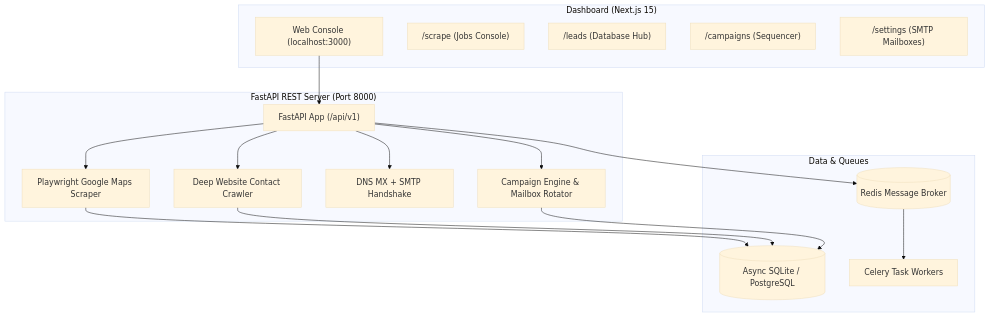
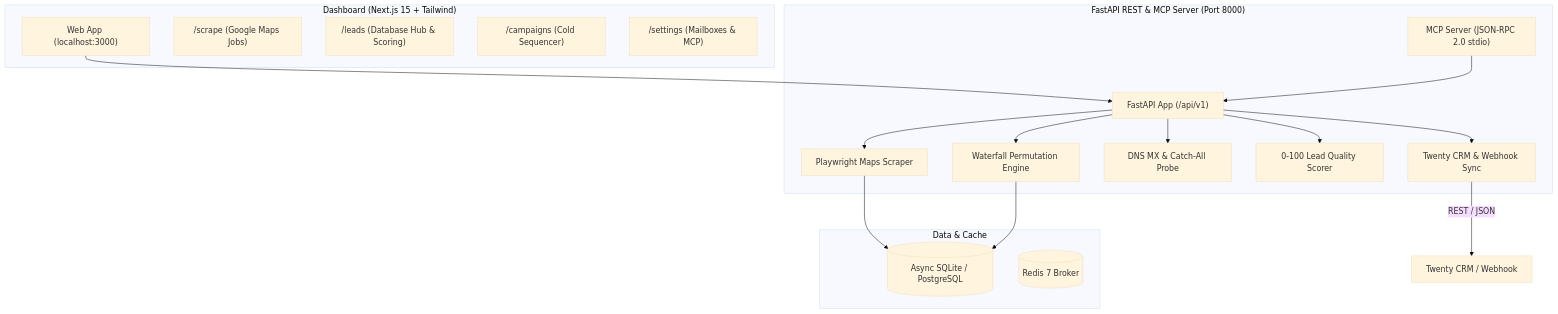
Before and after one commit to Aryanban/leadforge: the diagram in README.md, drawn with Mermaid (base theme). The commit also changed other lines of this file and 10 other files, not shown here.

Commit message:
feat: Apollo-grade waterfall enrichment, high-star scraper upgrades, AI lead scoring & Twenty CRM sync

````diff
--- a/README.md
+++ b/README.md
@@ -76,34 +115,36 @@
 ```mermaid
 flowchart TD
-    subgraph Frontend["Dashboard (Next.js 15)"]
-        UI["Web Console (localhost:3000)"]
-        ScrapePage["/scrape (Jobs Console)"]
-        LeadsPage["/leads (Database Hub)"]
-        CampaignPage["/campaigns (Sequencer)"]
-        SettingsPage["/settings (SMTP Mailboxes)"]
+    subgraph Frontend["Dashboard (Next.js 15 + Tailwind)"]
+        UI["Web App (localhost:3000)"]
+        ScrapeUI["/scrape (Google Maps Jobs)"]
+        LeadsUI["/leads (Database Hub & Scoring)"]
+        CampaignUI["/campaigns (Cold Sequencer)"]
+        SettingsUI["/settings (Mailboxes & MCP)"]
     end
 
-    subgraph Backend["FastAPI REST Server (Port 8000)"]
+    subgraph Backend["FastAPI REST & MCP Server (Port 8000)"]
         API["FastAPI App (/api/v1)"]
-        Scraper["Playwright Google Maps Scraper"]
-        Enricher["Deep Website Contact Crawler"]
-        Verifier["DNS MX + SMTP Handshake"]
-        Sender["Campaign Engine & Mailbox Rotator"]
+        MCP["MCP Server (JSON-RPC 2.0 stdio)"]
+        MapsScraper["Playwright Maps Scraper"]
+        WaterfallEnricher["Waterfall Permutation Engine"]
+        SMTPVerifier["DNS MX & Catch-All Probe"]
+        Scorer["0-100 Lead Quality Scorer"]
+        TwentySync["Twenty CRM & Webhook Sync"]
     end
 
-    subgraph Storage["Data & Queues"]
+    subgraph Storage["Data & Cache"]
         DB[("Async SQLite / PostgreSQL")]
-        Redis[("Redis Message Broker")]
-        Celery["Celery Task Workers"]
+        Redis[("Redis 7 Broker")]
     end
 
     UI --> API
-    API --> Scraper
-    API --> Enricher
-    API --> Verifier
-    API --> Sender
-    Scraper --> DB
-    Enricher --> DB
-    Sender --> DB
-    API --> Redis --> Celery
+    API --> MapsScraper
+    API --> WaterfallEnricher
+    API --> SMTPVerifier
+    API --> Scorer
+    API --> TwentySync
+    MapsScraper --> DB
+    WaterfallEnricher --> DB
+    TwentySync -->|"REST / JSON"| TwentyCRM["Twenty CRM / Webhook"]
+    MCP --> API
 ```
````
